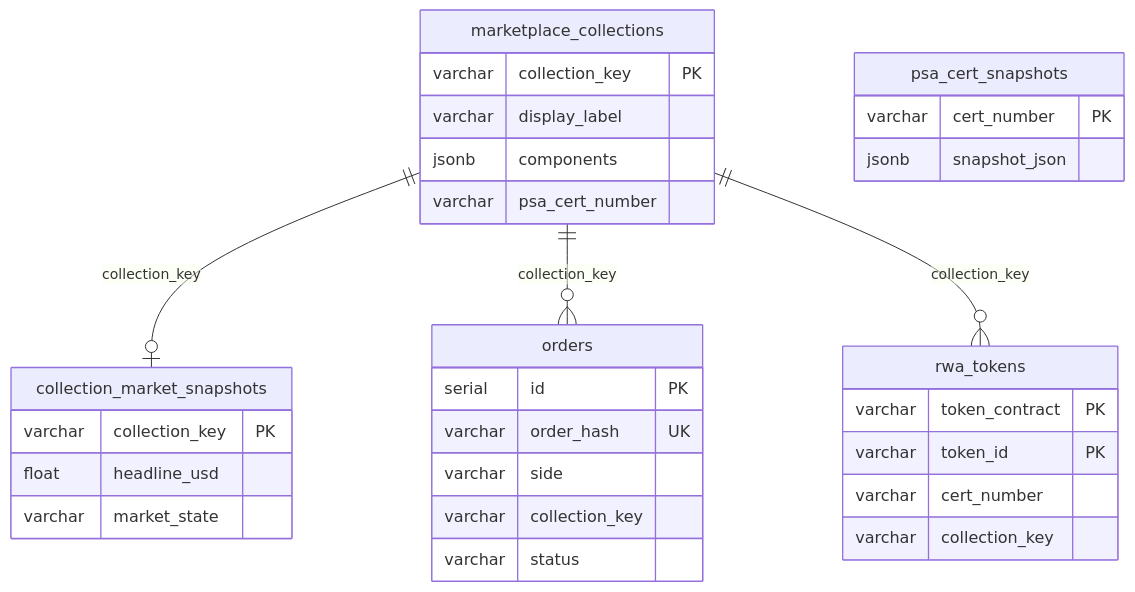
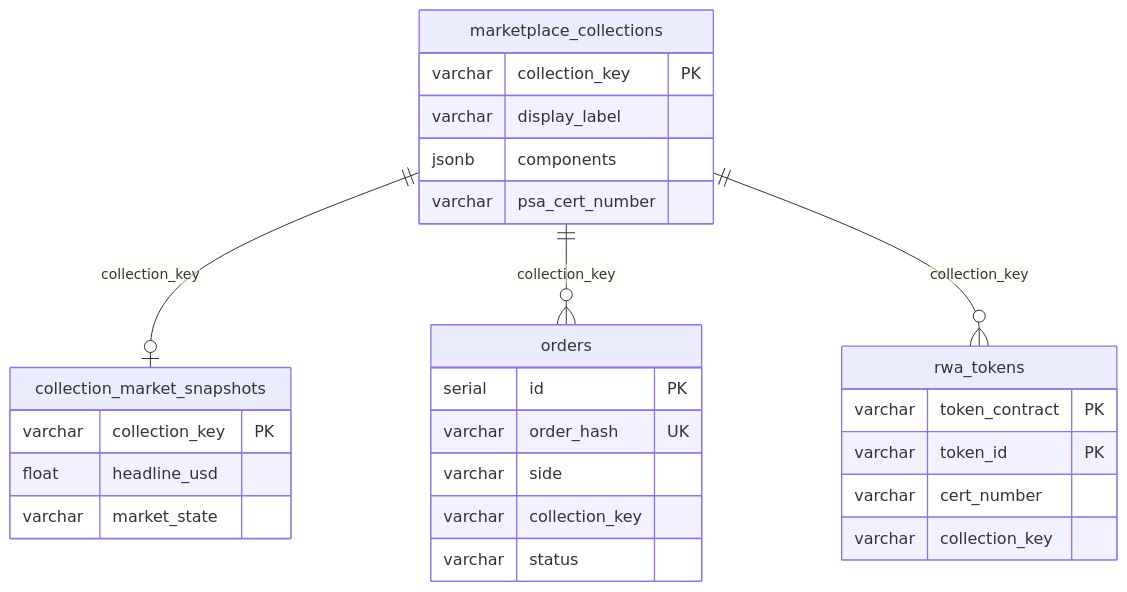
One commit to tokenable-dev/tokenable-dev changed the second of 2 diagrams in docs/architecture/database.md. Above: the diagram before and after it, drawn with Mermaid. The commit also changed other lines of this file and 512 other files, not shown here.

````diff
--- a/docs/architecture/database.md
+++ b/docs/architecture/database.md
@@ -144,35 +141,30 @@
 ```mermaid
 erDiagram
     marketplace_collections {
         varchar collection_key PK
         varchar display_label
         jsonb components
         varchar psa_cert_number
     }
     collection_market_snapshots {
         varchar collection_key PK
         float headline_usd
         varchar market_state
     }
     rwa_tokens {
         varchar token_contract PK
         varchar token_id PK
         varchar cert_number
         varchar collection_key
     }
     orders {
         serial id PK
         varchar order_hash UK
         varchar side
         varchar collection_key
         varchar status
     }
-    psa_cert_snapshots {
-        varchar cert_number PK
-        jsonb snapshot_json
-    }
-
     marketplace_collections ||--o| collection_market_snapshots : "collection_key"
     marketplace_collections ||--o{ orders : "collection_key"
     marketplace_collections ||--o{ rwa_tokens : "collection_key"
 ```
````
